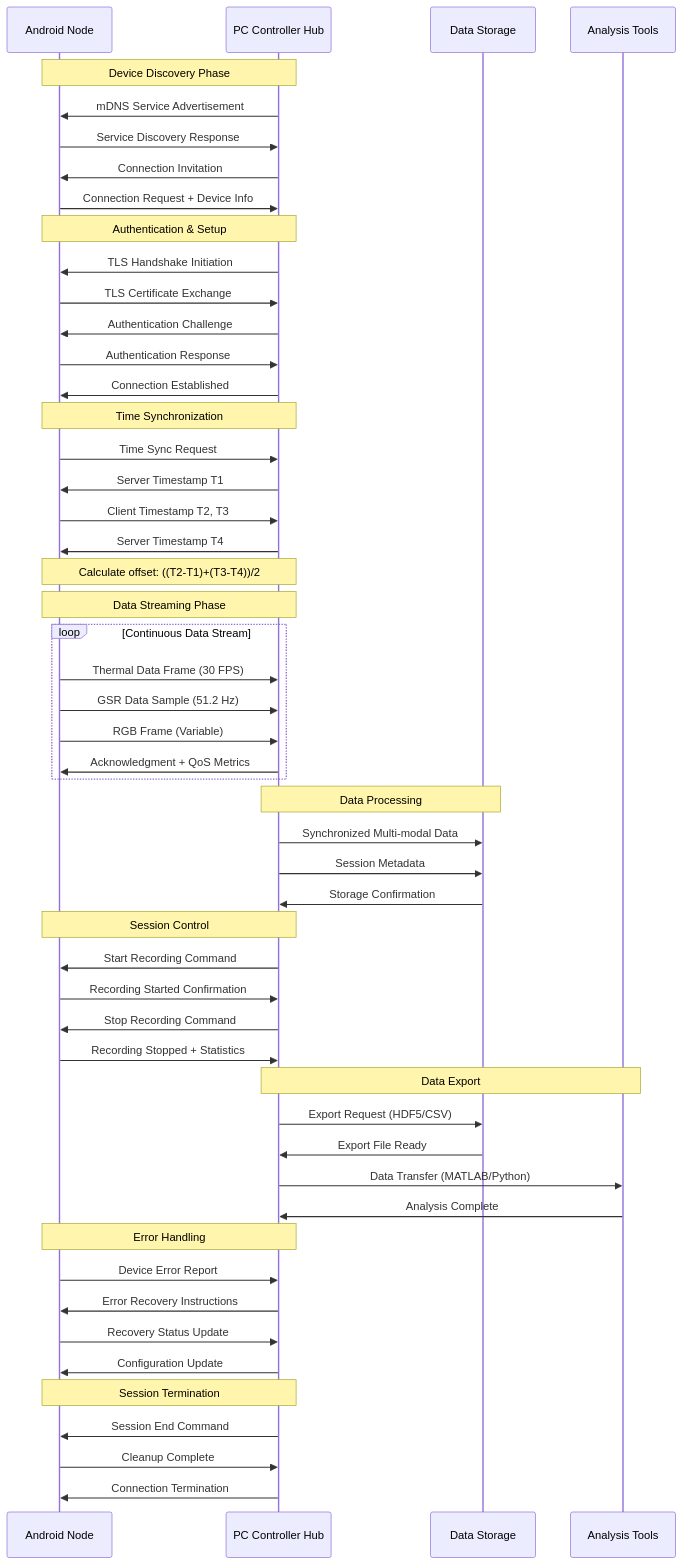
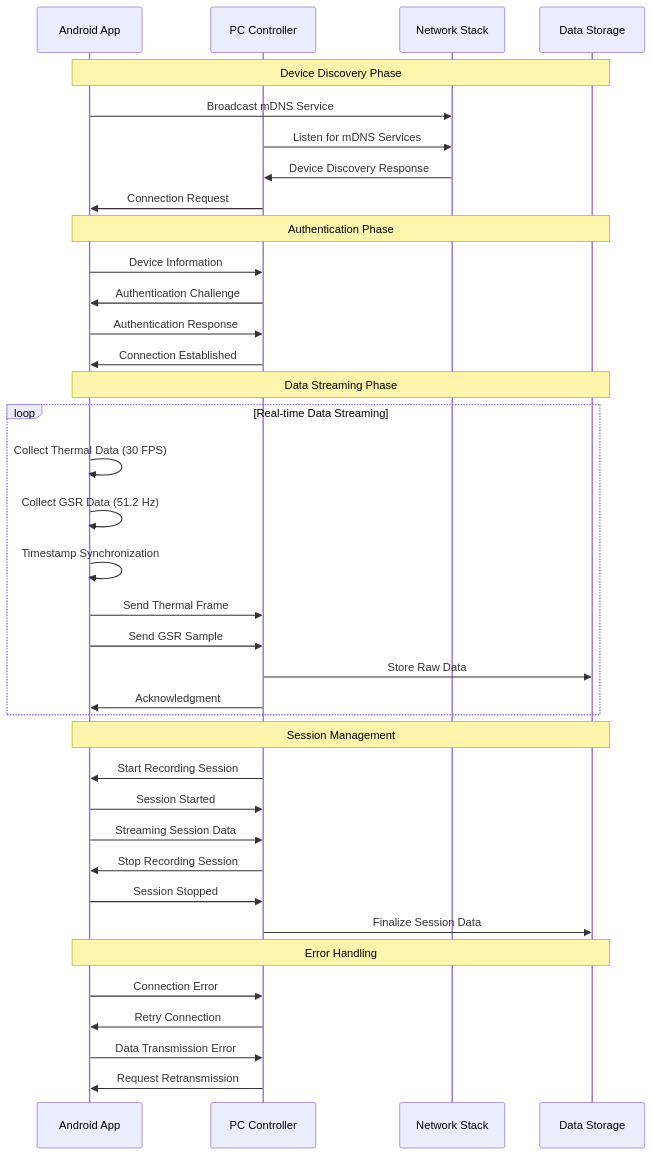
One commit to uclgsr/IRCamera changed the ninth of 10 diagrams in docs/COMPREHENSIVE_ARCHITECTURE_DIAGRAMS.md. Above: the diagram before and after it, drawn with Mermaid. The commit also changed other lines of this file, not shown here.

Commit message:
Complete fresh restart of architecture diagrams - 10 comprehensive Mermaid diagrams from scratch

````diff
--- a/docs/COMPREHENSIVE_ARCHITECTURE_DIAGRAMS.md
+++ b/docs/COMPREHENSIVE_ARCHITECTURE_DIAGRAMS.md
@@ -881,63 +487,44 @@
 ```mermaid
 sequenceDiagram
-    participant Android as Android Node
-    participant Hub as PC Controller Hub
-    participant Storage as Data Storage
-    participant Analysis as Analysis Tools
+    participant AndroidApp as Android App
+    participant PCController as PC Controller
+    participant NetworkStack as Network Stack
+    participant DataStorage as Data Storage
     
-    Note over Android, Hub: Device Discovery Phase
-    Hub->>Android: mDNS Service Advertisement
-    Android->>Hub: Service Discovery Response
-    Hub->>Android: Connection Invitation
-    Android->>Hub: Connection Request + Device Info
+    Note over AndroidApp,DataStorage: Device Discovery Phase
+    AndroidApp->>NetworkStack: Broadcast mDNS Service
+    PCController->>NetworkStack: Listen for mDNS Services
+    NetworkStack->>PCController: Device Discovery Response
+    PCController->>AndroidApp: Connection Request
     
-    Note over Android, Hub: Authentication & Setup
-    Hub->>Android: TLS Handshake Initiation
-    Android->>Hub: TLS Certificate Exchange
-    Hub->>Android: Authentication Challenge
-    Android->>Hub: Authentication Response
-    Hub->>Android: Connection Established
+    Note over AndroidApp,DataStorage: Authentication Phase
+    AndroidApp->>PCController: Device Information
+    PCController->>AndroidApp: Authentication Challenge
+    AndroidApp->>PCController: Authentication Response
+    PCController->>AndroidApp: Connection Established
     
-    Note over Android, Hub: Time Synchronization
-    Android->>Hub: Time Sync Request
-    Hub->>Android: Server Timestamp T1
-    Android->>Hub: Client Timestamp T2, T3
-    Hub->>Android: Server Timestamp T4
-    Note over Android, Hub: Calculate offset: ((T2-T1)+(T3-T4))/2
-    
-    Note over Android, Hub: Data Streaming Phase
-    loop Continuous Data Stream
-        Android->>Hub: Thermal Data Frame (30 FPS)
-        Android->>Hub: GSR Data Sample (51.2 Hz)
-        Android->>Hub: RGB Frame (Variable)
-        Hub->>Android: Acknowledgment + QoS Metrics
+    Note over AndroidApp,DataStorage: Data Streaming Phase
+    loop Real-time Data Streaming
+        AndroidApp->>AndroidApp: Collect Thermal Data (30 FPS)
+        AndroidApp->>AndroidApp: Collect GSR Data (51.2 Hz)
+        AndroidApp->>AndroidApp: Timestamp Synchronization
+        AndroidApp->>PCController: Send Thermal Frame
+        AndroidApp->>PCController: Send GSR Sample
+        PCController->>DataStorage: Store Raw Data
+        PCController->>AndroidApp: Acknowledgment
     end
     
-    Note over Hub, Storage: Data Processing
-    Hub->>Storage: Synchronized Multi-modal Data
-    Hub->>Storage: Session Metadata
-    Storage->>Hub: Storage Confirmation
+    Note over AndroidApp,DataStorage: Session Management
+    PCController->>AndroidApp: Start Recording Session
+    AndroidApp->>PCController: Session Started
+    AndroidApp->>PCController: Streaming Session Data
+    PCController->>AndroidApp: Stop Recording Session
+    AndroidApp->>PCController: Session Stopped
+    PCController->>DataStorage: Finalize Session Data
     
-    Note over Android, Hub: Session Control
-    Hub->>Android: Start Recording Command
-    Android->>Hub: Recording Started Confirmation
-    Hub->>Android: Stop Recording Command
-    Android->>Hub: Recording Stopped + Statistics
-    
-    Note over Hub, Analysis: Data Export
-    Hub->>Storage: Export Request (HDF5/CSV)
-    Storage->>Hub: Export File Ready
-    Hub->>Analysis: Data Transfer (MATLAB/Python)
-    Analysis->>Hub: Analysis Complete
-    
-    Note over Android, Hub: Error Handling
-    Android->>Hub: Device Error Report
-    Hub->>Android: Error Recovery Instructions
-    Android->>Hub: Recovery Status Update
-    Hub->>Android: Configuration Update
-    
-    Note over Android, Hub: Session Termination
-    Hub->>Android: Session End Command
-    Android->>Hub: Cleanup Complete
-    Hub->>Android: Connection Termination
+    Note over AndroidApp,DataStorage: Error Handling
+    AndroidApp->>PCController: Connection Error
+    PCController->>AndroidApp: Retry Connection
+    AndroidApp->>PCController: Data Transmission Error
+    PCController->>AndroidApp: Request Retransmission
 ```
````
